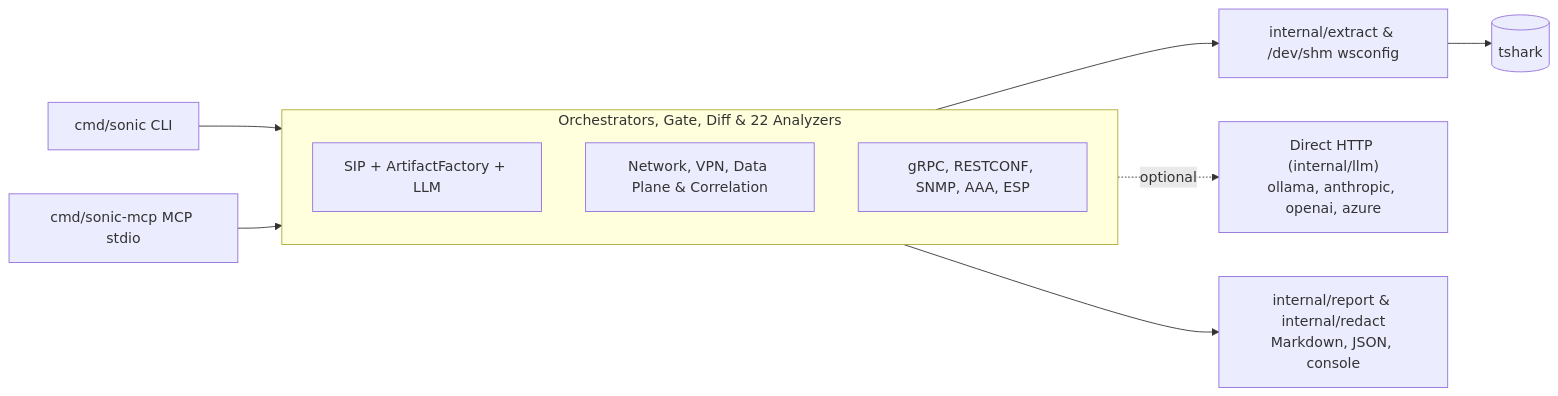
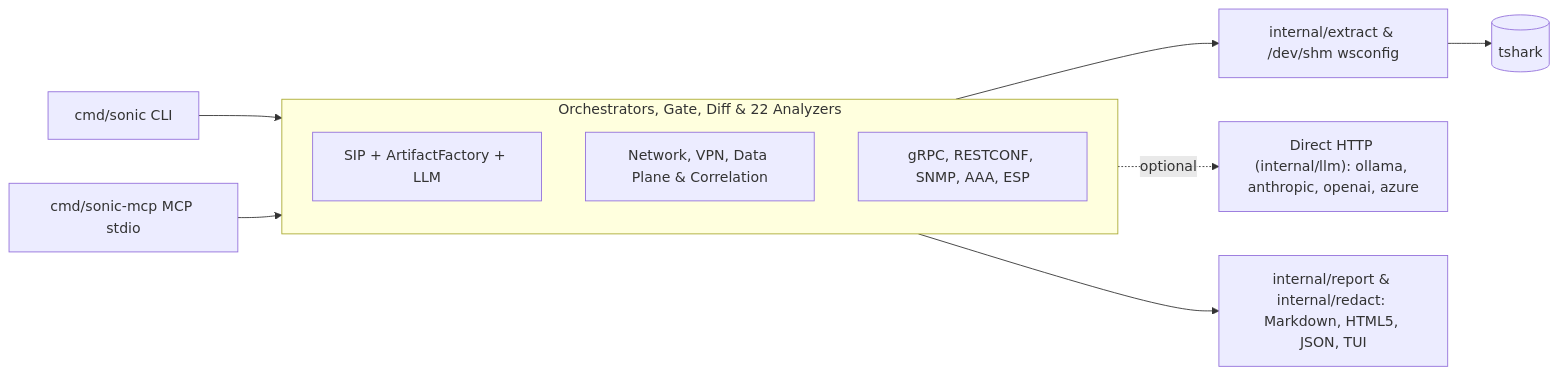
The diagram in README.md (zombat/sonic), drawn with Mermaid before and after one commit. The commit also changed other lines of this file and 7 other files, not shown here.

````diff
--- a/README.md
+++ b/README.md
@@ -577,15 +567,15 @@
 ```mermaid
 flowchart LR
     CLI["cmd/sonic CLI"] --> ORCH
     MCP["cmd/sonic-mcp MCP stdio"] --> ORCH
     subgraph ORCH["Orchestrators, Gate, Diff & 22 Analyzers"]
         direction TB
         O1["SIP + ArtifactFactory + LLM"]
         O2["Network, VPN, Data Plane & Correlation"]
         O3["gRPC, RESTCONF, SNMP, AAA, ESP"]
     end
     ORCH --> EX["internal/extract & /dev/shm wsconfig"]
-    O1 -. optional .-> AI["Direct HTTP (internal/llm)<br/>ollama, anthropic, openai, azure"]
-    ORCH --> RP["internal/report & internal/redact<br/>Markdown, JSON, console"]
+    O1 -. optional .-> AI["Direct HTTP (internal/llm): ollama, anthropic, openai, azure"]
+    ORCH --> RP["internal/report & internal/redact: Markdown, HTML5, JSON, TUI"]
     EX --> TS[("tshark")]
 ```
````
